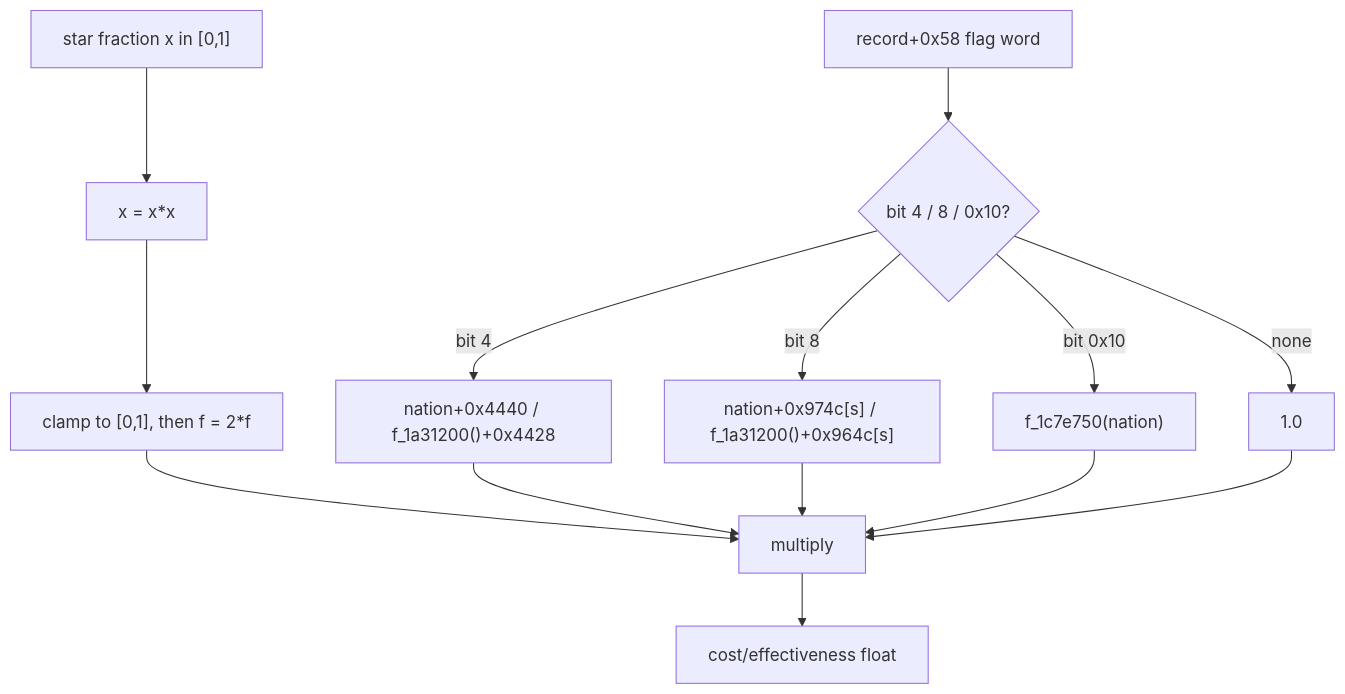
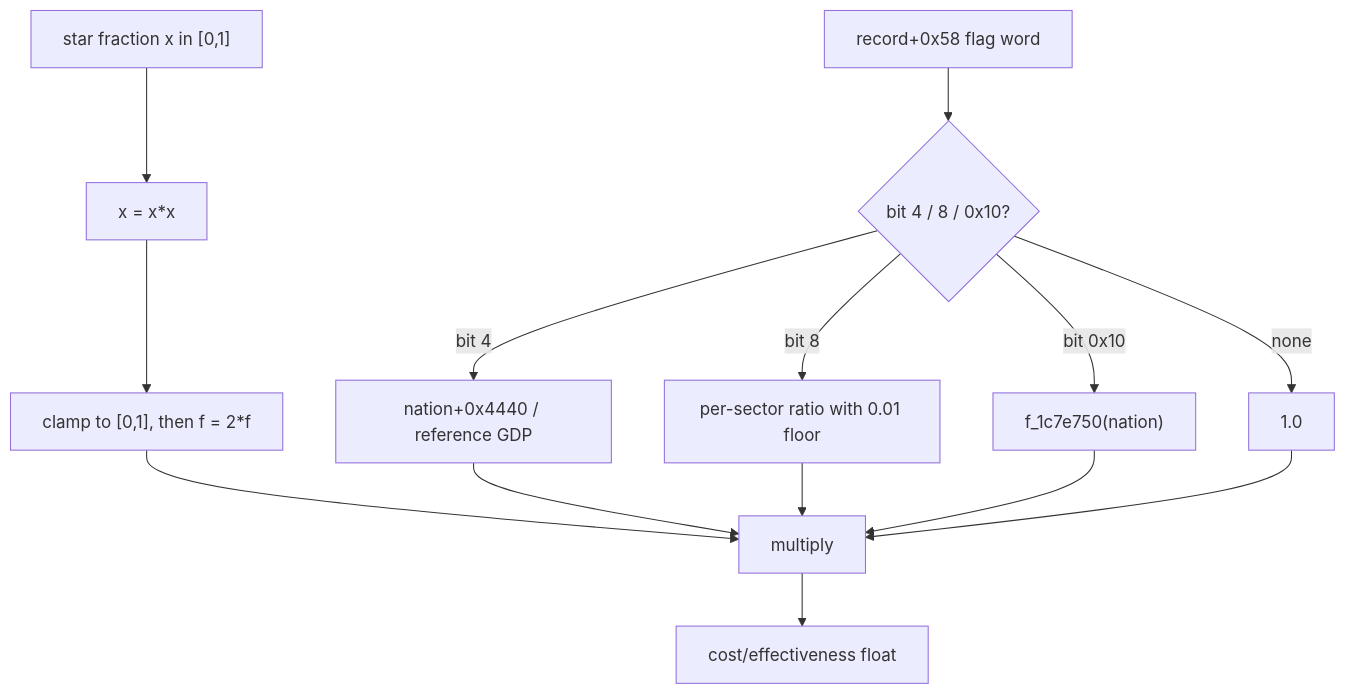
Before and after one commit to CthulhuOnIce/GPS-Docs: the sixth of 8 diagrams in 02_ECONOMY.md, drawn with Mermaid. The commit also changed other lines of this file and 5 other files, not shown here.

````diff
--- a/02_ECONOMY.md
+++ b/02_ECONOMY.md
@@ -562,16 +707,16 @@
 ```mermaid
 flowchart TD
     X["star fraction x in [0,1]"] --> SQ["x = x*x"]
     SQ --> CL["clamp to [0,1], then f = 2*f"]
     FLAGS["record+0x58 flag word"] --> SEL{"bit 4 / 8 / 0x10?"}
-    SEL -->|bit 4| R1["nation+0x4440 / f_1a31200()+0x4428"]
-    SEL -->|bit 8| R2["nation+0x974c[s] / f_1a31200()+0x964c[s]"]
+    SEL -->|bit 4| R1["nation+0x4440 / reference GDP"]
+    SEL -->|bit 8| R2["per-sector ratio with 0.01 floor"]
     SEL -->|bit 0x10| R3["f_1c7e750(nation)"]
     SEL -->|none| R4["1.0"]
     CL --> MUL["multiply"]
     R1 --> MUL
     R2 --> MUL
     R3 --> MUL
     R4 --> MUL
     MUL --> RET["cost/effectiveness float"]
 ```
````
